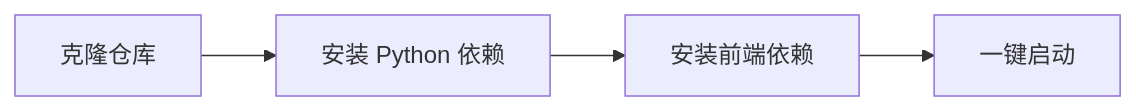
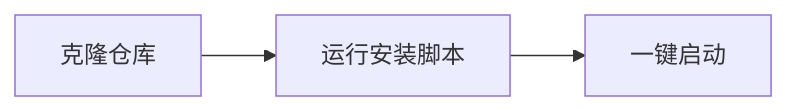
Before and after one commit to GTJasonMK/RSTA: the fifth of 13 diagrams in README.md, drawn with Mermaid. The commit also changed other lines of this file and 3 other files, not shown here.

````diff
--- a/README.md
+++ b/README.md
@@ -138,6 +138,5 @@
 ```mermaid
 graph LR
-    A[克隆仓库] --> B[安装 Python 依赖]
-    B --> C[安装前端依赖]
-    C --> D[一键启动]
+    A[克隆仓库] --> B[运行安装脚本]
+    B --> C[一键启动]
 ```
````
